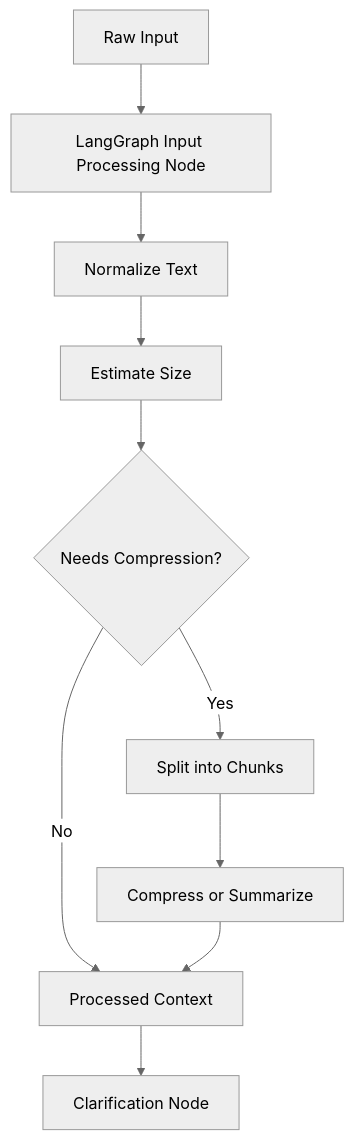
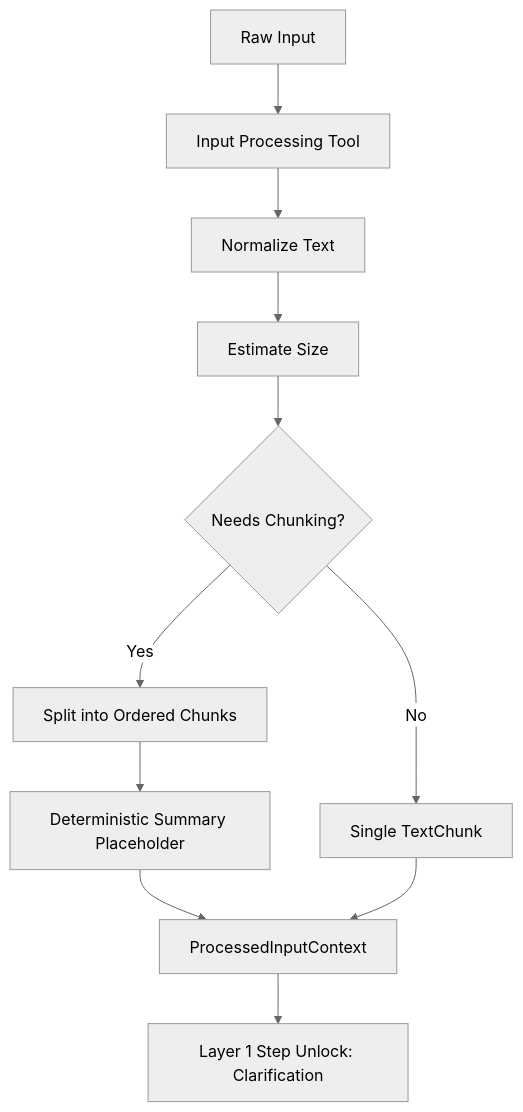
One commit to ProductMasterz/Mujarrad-Frontend changed the third of 19 diagrams in Docs/system-design-detailed-plan.md. Above: the diagram before and after it, drawn with Mermaid (neutral theme). The commit also changed other lines of this file and 18 other files, not shown here.

````diff
--- a/Docs/system-design-detailed-plan.md
+++ b/Docs/system-design-detailed-plan.md
@@ -358,12 +388,13 @@
 ```mermaid
 flowchart TD
-    A[Raw Input] --> B[LangGraph Input Processing Node]
+    A[Raw Input] --> B[Input Processing Tool]
     B --> C[Normalize Text]
     C --> D[Estimate Size]
-    D --> E{Needs Compression?}
-    E -->|No| F[Processed Context]
-    E -->|Yes| G[Split into Chunks]
-    G --> H[Compress or Summarize]
-    H --> F
-    F --> I[Clarification Node]
+    D --> E{Needs Chunking?}
+    E -->|No| F[Single TextChunk]
+    E -->|Yes| G[Split into Ordered Chunks]
+    G --> H[Deterministic Summary Placeholder]
+    H --> I[ProcessedInputContext]
+    F --> I
+    I --> J[Layer 1 Step Unlock: Clarification]
 ```
````
